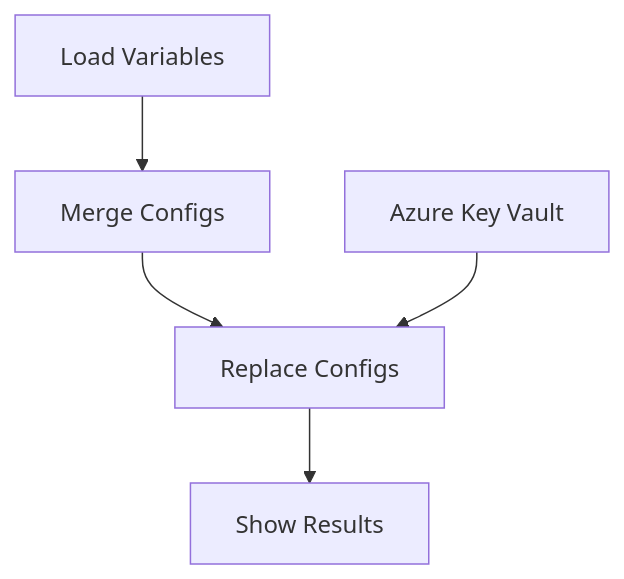
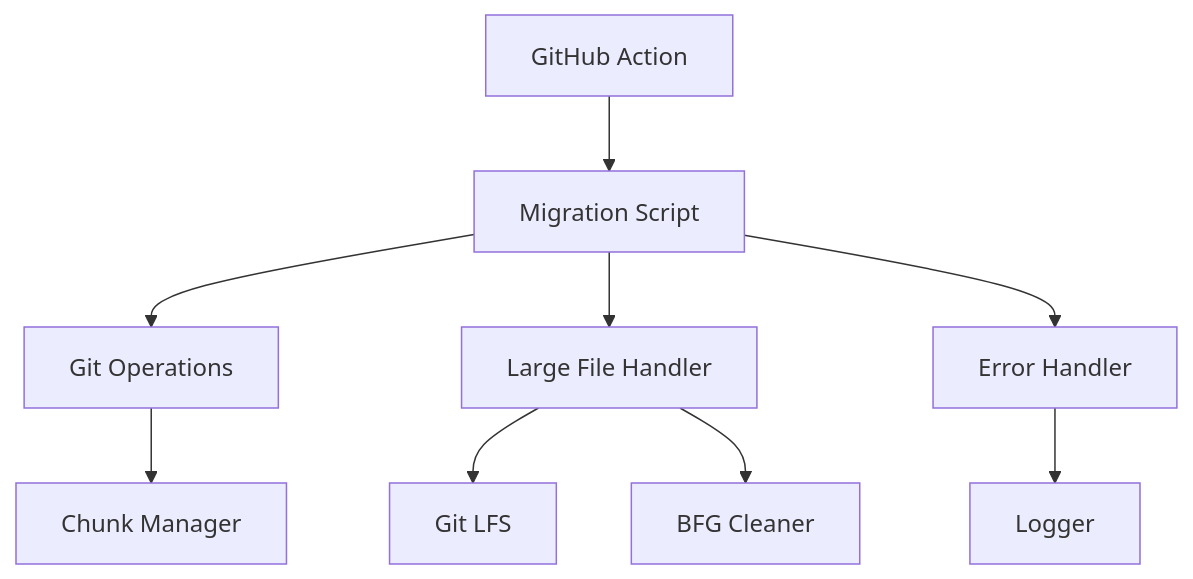
One commit to xuanphongit/GitHubAction_Solution_Two changed the diagram in memory-bank/systemPatterns.md. Above: the diagram before and after it, drawn with Mermaid. The commit also changed other lines of this file and 13 other files, not shown here.

Commit message:
Implement repository migration scripts for Azure DevOps to GitHub, including chunked commit handling, large file management with Git LFS, and error handling improvements. Add GitHub Actions workflow for automated migration process and detailed logging.

````diff
--- a/memory-bank/systemPatterns.md
+++ b/memory-bank/systemPatterns.md
@@ -6,7 +46,11 @@
 ```mermaid
 graph TD
-    A[Load Variables] --> B[Merge Configs]
-    B --> C[Replace Configs]
-    C --> D[Show Results]
-    E[Azure Key Vault] --> C
+    A[GitHub Action] --> B[Migration Script]
+    B --> C[Git Operations]
+    B --> D[Large File Handler]
+    B --> E[Error Handler]
+    D --> F[Git LFS]
+    D --> G[BFG Cleaner]
+    E --> H[Logger]
+    C --> I[Chunk Manager]
 ```
````
